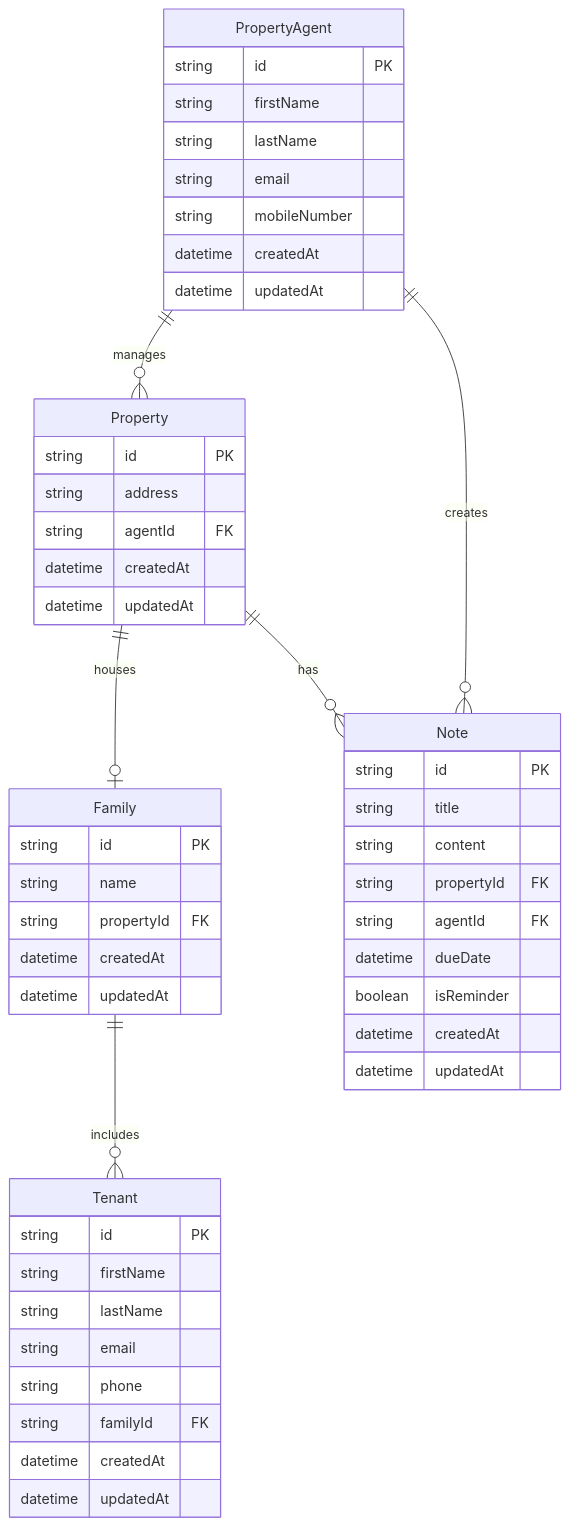
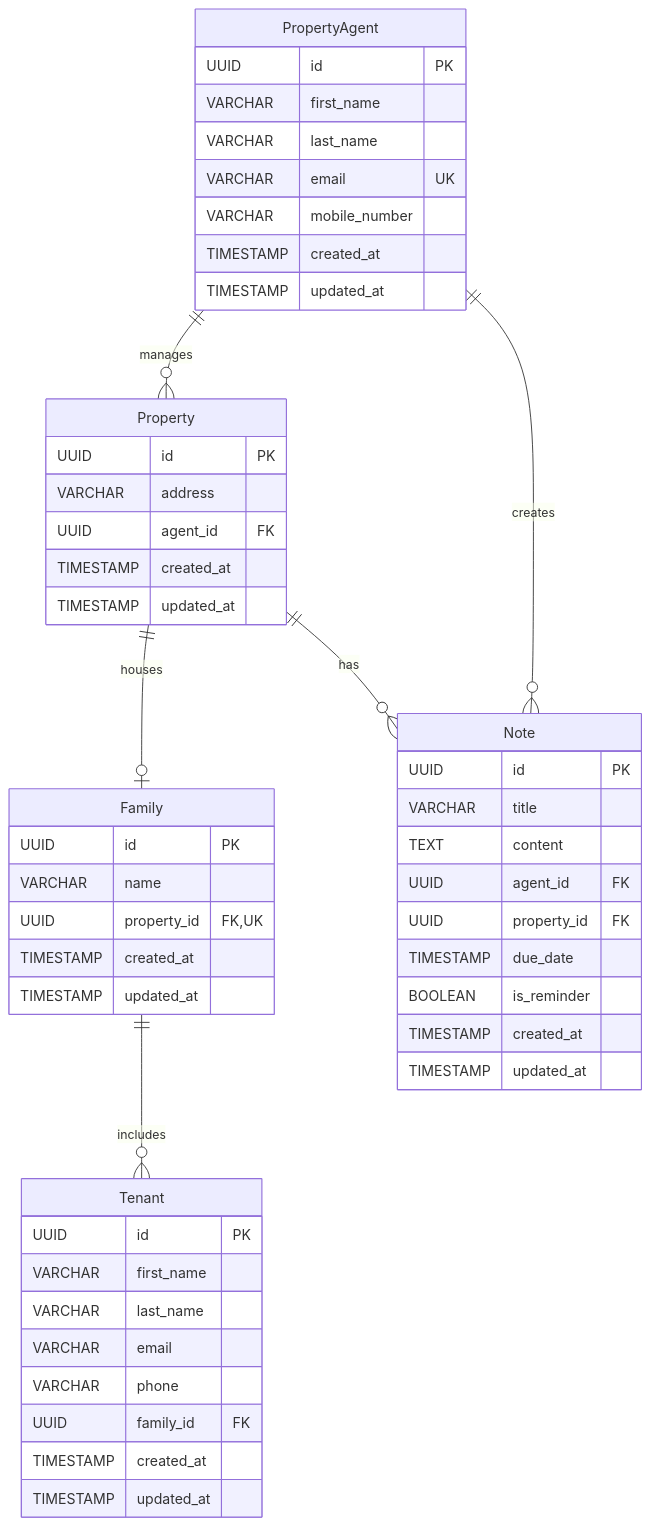
One commit to khalid-sanggoyod/pure-home-river-fullstack-exercise changed the diagram in docs/data-model.md. Above: the diagram before and after it, drawn with Mermaid. The commit also changed other lines of this file and 3 other files, not shown here.

````diff
--- a/docs/data-model.md
+++ b/docs/data-model.md
@@ -5,57 +88,57 @@
 ```mermaid
 erDiagram
     PropertyAgent {
-        string id PK
-        string firstName
-        string lastName
-        string email
-        string mobileNumber
-        datetime createdAt
-        datetime updatedAt
+        UUID id PK
+        VARCHAR first_name
+        VARCHAR last_name
+        VARCHAR email UK
+        VARCHAR mobile_number
+        TIMESTAMP created_at
+        TIMESTAMP updated_at
     }
 
     Property {
-        string id PK
-        string address
-        string agentId FK
-        datetime createdAt
-        datetime updatedAt
+        UUID id PK
+        VARCHAR address
+        UUID agent_id FK
+        TIMESTAMP created_at
+        TIMESTAMP updated_at
     }
 
     Family {
-        string id PK
-        string name
-        string propertyId FK
-        datetime createdAt
-        datetime updatedAt
+        UUID id PK
+        VARCHAR name
+        UUID property_id FK,UK
+        TIMESTAMP created_at
+        TIMESTAMP updated_at
     }
 
     Tenant {
-        string id PK
-        string firstName
-        string lastName
-        string email
-        string phone
-        string familyId FK
-        datetime createdAt
-        datetime updatedAt
+        UUID id PK
+        VARCHAR first_name
+        VARCHAR last_name
+        VARCHAR email
+        VARCHAR phone
+        UUID family_id FK
+        TIMESTAMP created_at
+        TIMESTAMP updated_at
     }
 
     Note {
-        string id PK
-        string title
-        string content
-        string propertyId FK
-        string agentId FK
-        datetime dueDate
-        boolean isReminder
-        datetime createdAt
-        datetime updatedAt
+        UUID id PK
+        VARCHAR title
+        TEXT content
+        UUID agent_id FK
+        UUID property_id FK
+        TIMESTAMP due_date
+        BOOLEAN is_reminder
+        TIMESTAMP created_at
+        TIMESTAMP updated_at
     }
 
     PropertyAgent ||--o{ Property : "manages"
     PropertyAgent ||--o{ Note : "creates"
     Property ||--o| Family : "houses"
     Property ||--o{ Note : "has"
     Family ||--o{ Tenant : "includes"
 ```
````
